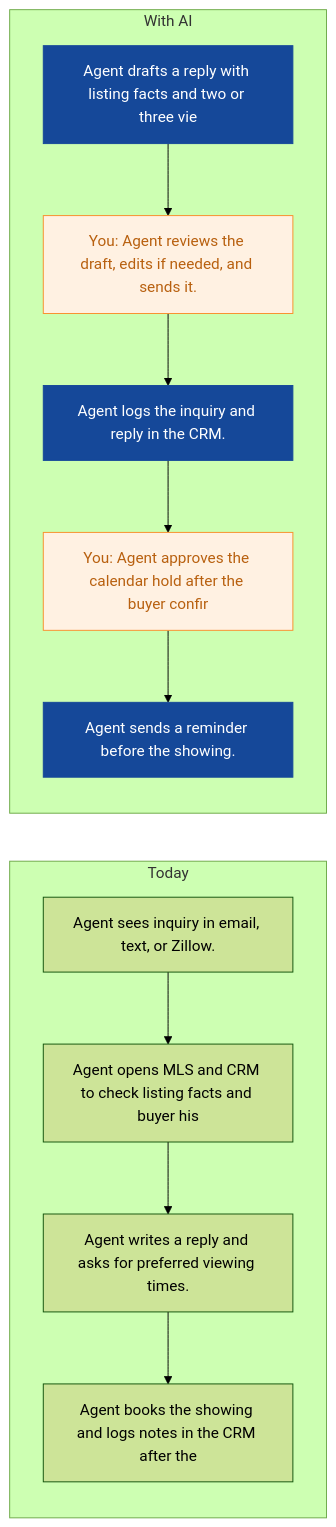
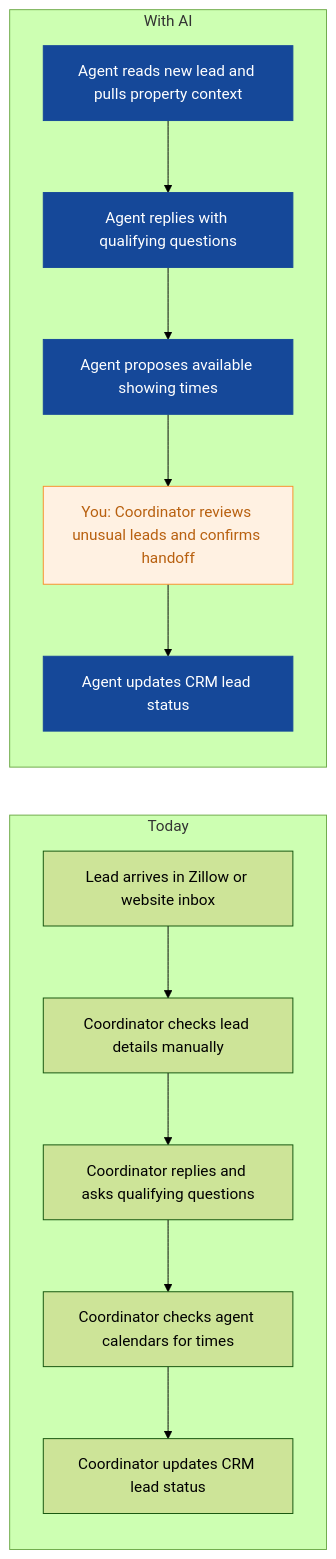
Before and after one commit to nexibeo/Complete-AI-Strategy: the first of 9 diagrams in strategies/northpeak-realty.md, drawn with Mermaid (forest theme). The commit also changed other lines of this file and 26 other files, not shown here.

````diff
--- a/strategies/northpeak-realty.md
+++ b/strategies/northpeak-realty.md
@@ -46,22 +52,23 @@
 ```mermaid
 flowchart LR
   subgraph Today
-    B0["Agent sees inquiry in email, text, or Zillow."]
-    B1["Agent opens MLS and CRM to check listing facts and buyer his"]
-    B2["Agent writes a reply and asks for preferred viewing times."]
-    B3["Agent books the showing and logs notes in the CRM after the "]
-    B0 --> B1 --> B2 --> B3
+    B0["Lead arrives in Zillow or website inbox"]
+    B1["Coordinator checks lead details manually"]
+    B2["Coordinator replies and asks qualifying questions"]
+    B3["Coordinator checks agent calendars for times"]
+    B4["Coordinator updates CRM lead status"]
+    B0 --> B1 --> B2 --> B3 --> B4
   end
   subgraph WithAI[With AI]
-    A0["Agent drafts a reply with listing facts and two or three vie"]
-    A1["You: Agent reviews the draft, edits if needed, and sends it."]
-    A2["Agent logs the inquiry and reply in the CRM."]
-    A3["You: Agent approves the calendar hold after the buyer confir"]
-    A4["Agent sends a reminder before the showing."]
+    A0["Agent reads new lead and pulls property context"]
+    A1["Agent replies with qualifying questions"]
+    A2["Agent proposes available showing times"]
+    A3["You: Coordinator reviews unusual leads and confirms handoff"]
+    A4["Agent updates CRM lead status"]
     A0 --> A1 --> A2 --> A3 --> A4
   end
   classDef ai fill:#154899,color:#fff,stroke:#154899
   classDef human fill:#FFF1E2,color:#B8600F,stroke:#F98F2C
-  class A0,A2,A4 ai
-  class A1,A3 human
+  class A0,A1,A2,A4 ai
+  class A3 human
 ```
````
